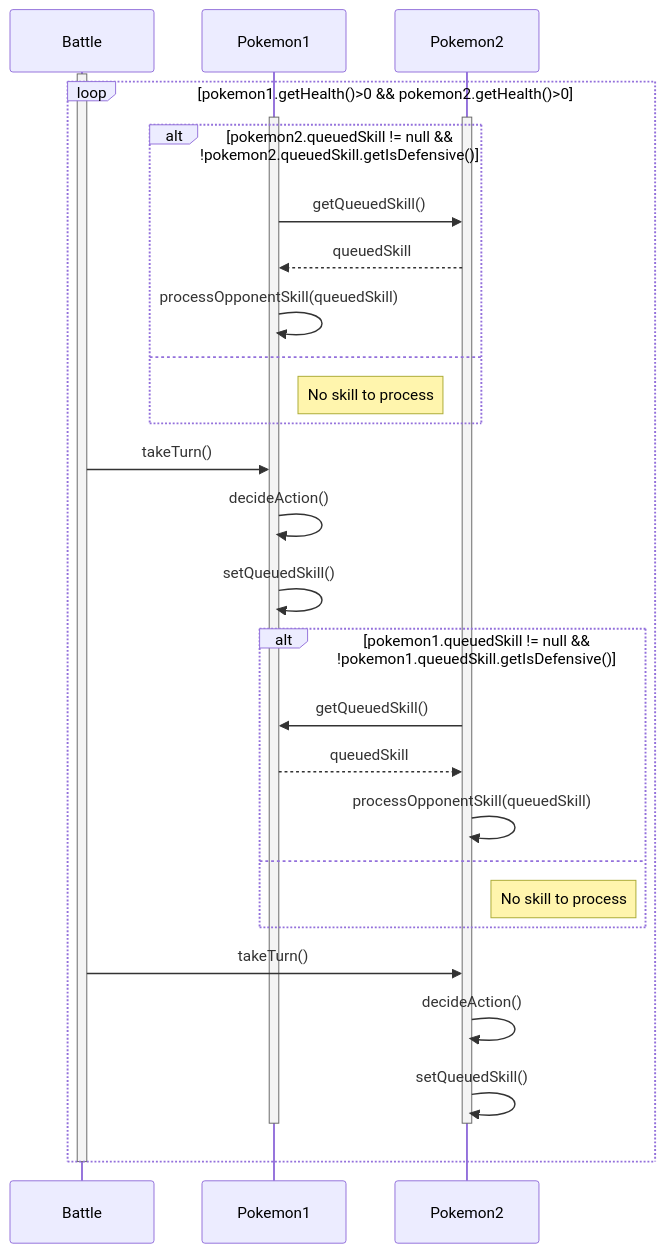
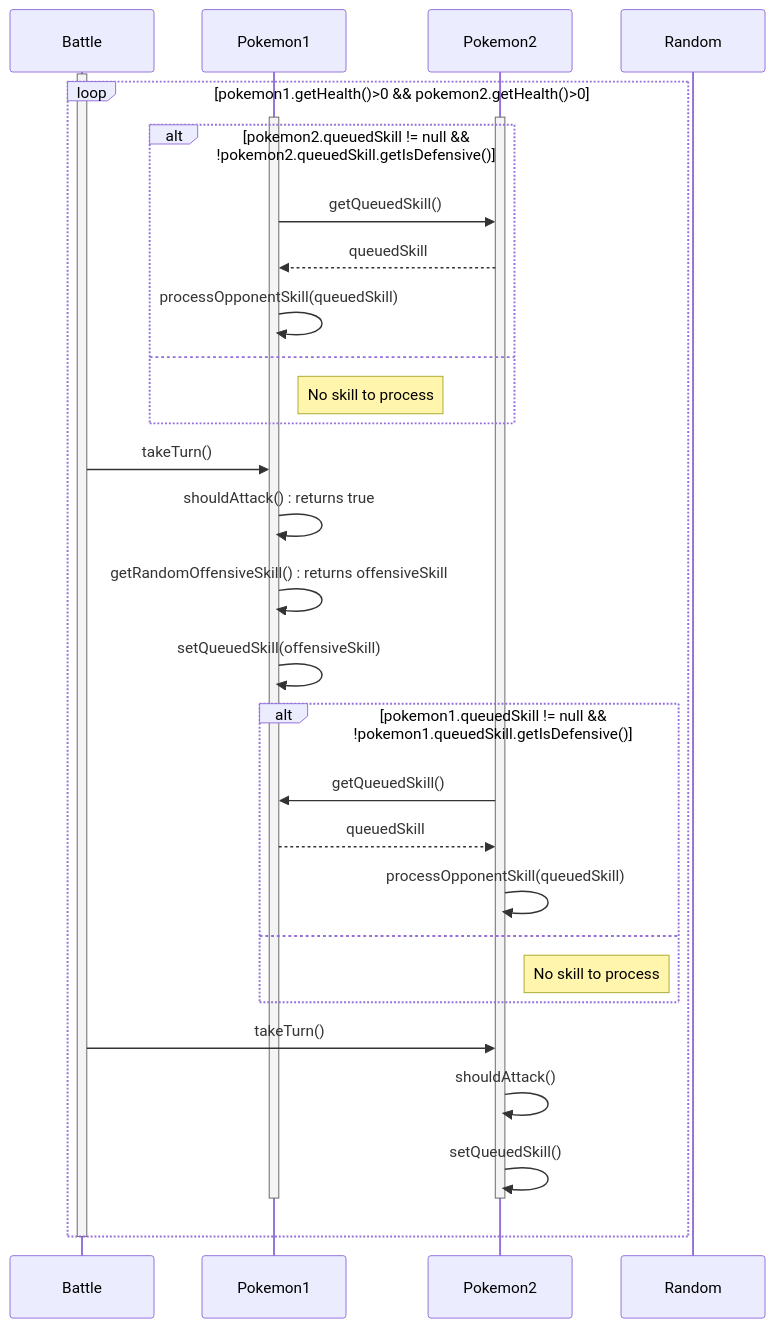
Before and after one commit to seantdeitrich/OMSCS-Notes: the diagram in OMSCS-Notes/CS6310 - Software Architecture & Design/Project/Sequence Diagram.md, drawn with Mermaid. The commit also changed 1 other file, not shown here.

Commit message:
sequence diagram WIP

````diff
--- a/OMSCS-Notes/CS6310 - Software Architecture & Design/Project/Sequence Diagram.md
+++ b/OMSCS-Notes/CS6310 - Software Architecture & Design/Project/Sequence Diagram.md
@@ -1,39 +1,39 @@
 ```mermaid
 sequenceDiagram
     participant battle as Battle
     participant pokemon1 as Pokemon1
     participant pokemon2 as Pokemon2
-
+    participant rand as Random
     activate battle
     loop pokemon1.getHealth()>0 && pokemon2.getHealth()>0
 	    activate pokemon1
 	    activate pokemon2
-        %% Pokemon1 phase
+
         alt pokemon2.queuedSkill != null && !pokemon2.queuedSkill.getIsDefensive()
             pokemon1->>pokemon2: getQueuedSkill()
             pokemon2-->>pokemon1: queuedSkill
             pokemon1->>pokemon1: processOpponentSkill(queuedSkill)
         else
             note right of pokemon1: No skill to process
         end
         battle->>pokemon1: takeTurn()
-        pokemon1->>pokemon1: decideAction()
-        pokemon1->>pokemon1: setQueuedSkill()
+        pokemon1->>pokemon1: shouldAttack() : returns true
+		pokemon1->>pokemon1: getRandomOffensiveSkill() : returns offensiveSkill
+		pokemon1 ->> pokemon1: setQueuedSkill(offensiveSkill)
 
-        %% Pokemon2 phase
         alt pokemon1.queuedSkill != null && !pokemon1.queuedSkill.getIsDefensive()
             pokemon2->>pokemon1: getQueuedSkill()
             pokemon1-->>pokemon2: queuedSkill
             pokemon2->>pokemon2: processOpponentSkill(queuedSkill)
         else
             note right of pokemon2: No skill to process
         end
         battle->>pokemon2: takeTurn()
-        pokemon2->>pokemon2: decideAction()
+        pokemon2->>pokemon2: shouldAttack()
         pokemon2->>pokemon2: setQueuedSkill()
         deactivate pokemon1
         deactivate pokemon2
     end
 
     deactivate battle
 ```
````
